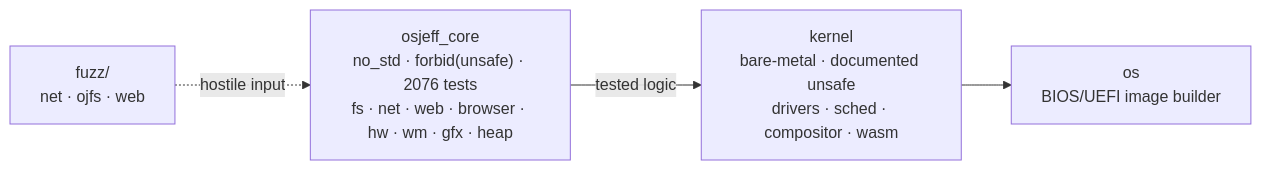
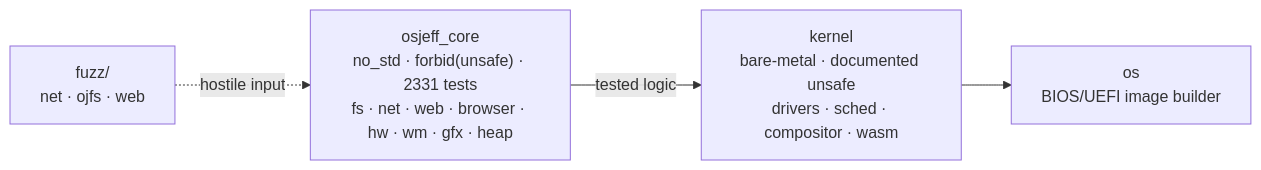
One commit to Jeffinp/OSjeff changed the diagram in README.en.md. Above: the diagram before and after it, drawn with Mermaid. The commit also changed other lines of this file and 4 other files, not shown here.

````diff
--- a/README.en.md
+++ b/README.en.md
@@ -91,9 +92,9 @@
 ```mermaid
 flowchart LR
-    CORE["osjeff_core<br/>no_std · forbid(unsafe) · 2076 tests<br/>fs · net · web · browser · hw · wm · gfx · heap"]
+    CORE["osjeff_core<br/>no_std · forbid(unsafe) · 2331 tests<br/>fs · net · web · browser · hw · wm · gfx · heap"]
     KERNEL["kernel<br/>bare-metal · documented unsafe<br/>drivers · sched · compositor · wasm"]
     OS["os<br/>BIOS/UEFI image builder"]
     FUZZ["fuzz/<br/>net · ojfs · web"]
     CORE -->|tested logic| KERNEL --> OS
     FUZZ -.->|hostile input| CORE
 ```
````
